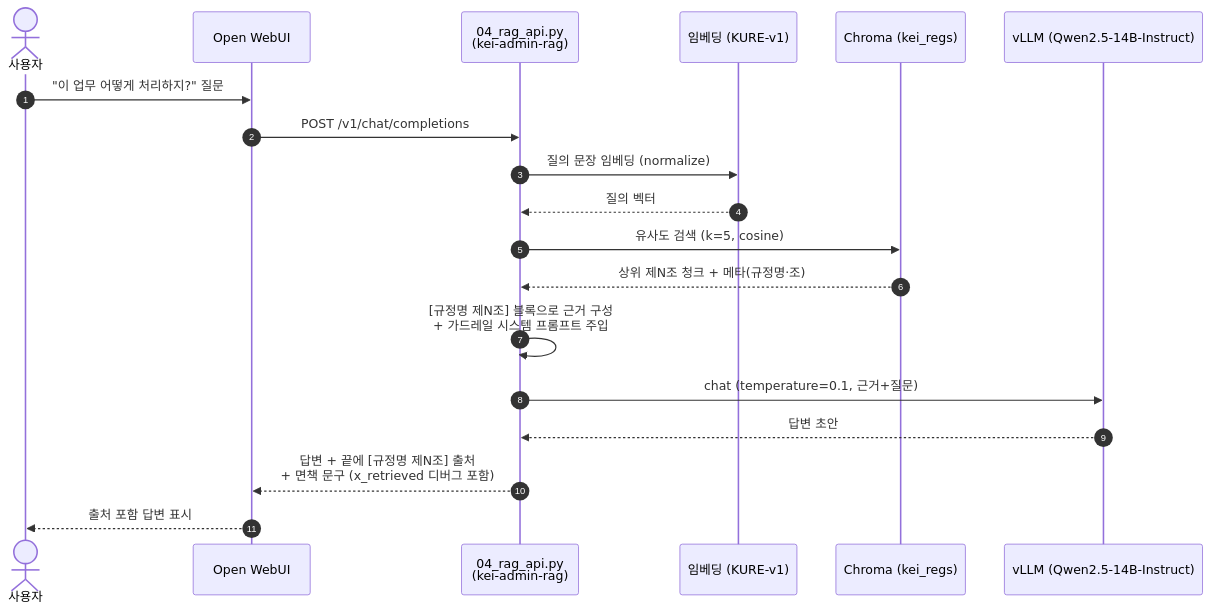
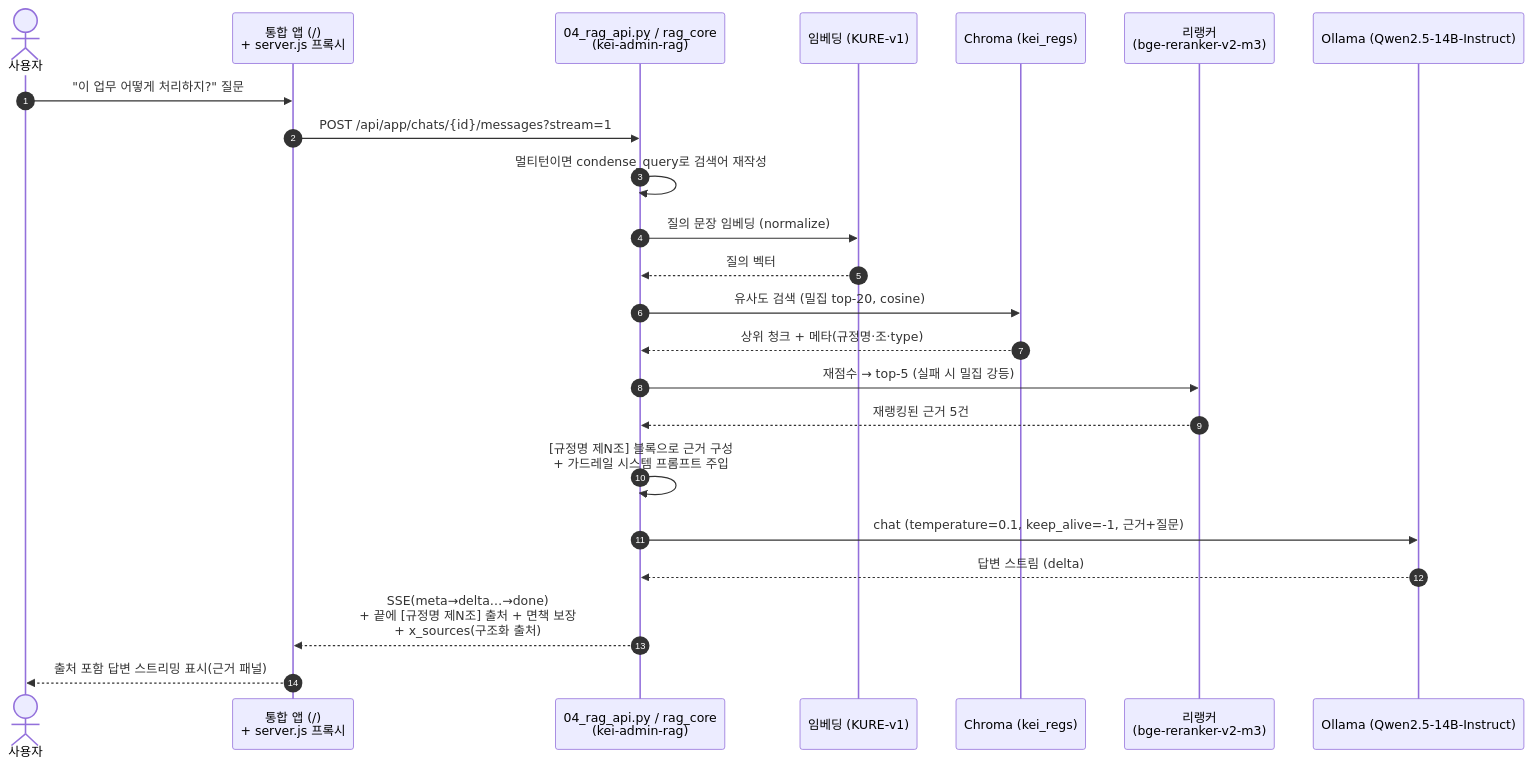
Before and after one commit to mooner92/KEIAdminSuperv: the third of 4 diagrams in docs/02-architecture.md, drawn with Mermaid. The commit also changed other lines of this file and 13 other files, not shown here.

````diff
--- a/docs/02-architecture.md
+++ b/docs/02-architecture.md
@@ -132,22 +150,26 @@
 ```mermaid
 sequenceDiagram
     autonumber
     actor U as 사용자
-    participant W as Open WebUI
-    participant R as 04_rag_api.py<br/>(kei-admin-rag)
+    participant A as 통합 앱 (/)<br/>+ server.js 프록시
+    participant R as 04_rag_api.py / rag_core<br/>(kei-admin-rag)
     participant E as 임베딩 (KURE-v1)
     participant C as Chroma (kei_regs)
-    participant L as vLLM (Qwen2.5-14B-Instruct)
+    participant K as 리랭커<br/>(bge-reranker-v2-m3)
+    participant L as Ollama (Qwen2.5-14B-Instruct)
 
-    U->>W: "이 업무 어떻게 처리하지?" 질문
-    W->>R: POST /v1/chat/completions
+    U->>A: "이 업무 어떻게 처리하지?" 질문
+    A->>R: POST /api/app/chats/{id}/messages?stream=1
+    R->>R: 멀티턴이면 condense_query로 검색어 재작성
     R->>E: 질의 문장 임베딩 (normalize)
     E-->>R: 질의 벡터
-    R->>C: 유사도 검색 (k=5, cosine)
-    C-->>R: 상위 제N조 청크 + 메타(규정명·조)
+    R->>C: 유사도 검색 (밀집 top-20, cosine)
+    C-->>R: 상위 청크 + 메타(규정명·조·type)
+    R->>K: 재점수 → top-5 (실패 시 밀집 강등)
+    K-->>R: 재랭킹된 근거 5건
     R->>R: [규정명 제N조] 블록으로 근거 구성<br/>+ 가드레일 시스템 프롬프트 주입
-    R->>L: chat (temperature=0.1, 근거+질문)
-    L-->>R: 답변 초안
-    R-->>W: 답변 + 끝에 [규정명 제N조] 출처<br/>+ 면책 문구 (x_retrieved 디버그 포함)
-    W-->>U: 출처 포함 답변 표시
+    R->>L: chat (temperature=0.1, keep_alive=-1, 근거+질문)
+    L-->>R: 답변 스트림 (delta)
+    R-->>A: SSE(meta→delta…→done)<br/>+ 끝에 [규정명 제N조] 출처 + 면책 보장<br/>+ x_sources(구조화 출처)
+    A-->>U: 출처 포함 답변 스트리밍 표시(근거 패널)
 ```
````
